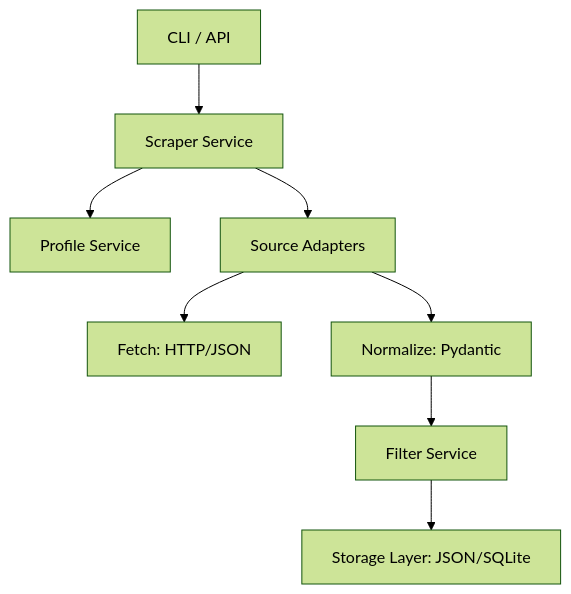
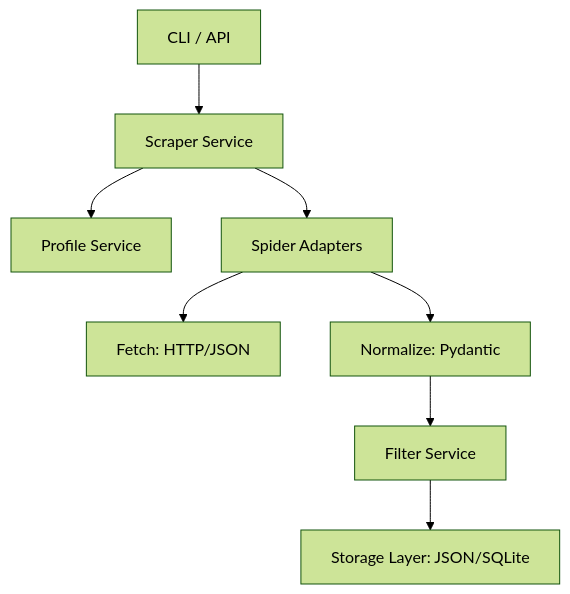
Before and after one commit to nadavzhr/arachne: the diagram in README.md, drawn with Mermaid (forest theme). The commit also changed other lines of this file and 66 other files, not shown here.

Commit message:
rename: source -> spider

````diff
--- a/README.md
+++ b/README.md
@@ -75,10 +87,10 @@
 ```mermaid
 graph TD
     CLI[CLI / API] --> Scraper[Scraper Service]
     Scraper --> Profile[Profile Service]
-    Scraper --> Source[Source Adapters]
-    Source --> Fetch[Fetch: HTTP/JSON]
-    Source --> Normalize[Normalize: Pydantic]
+    Scraper --> Spider[Spider Adapters]
+    Spider --> Fetch[Fetch: HTTP/JSON]
+    Spider --> Normalize[Normalize: Pydantic]
     Normalize --> Filter[Filter Service]
     Filter --> Storage[Storage Layer: JSON/SQLite]
 ```
````
